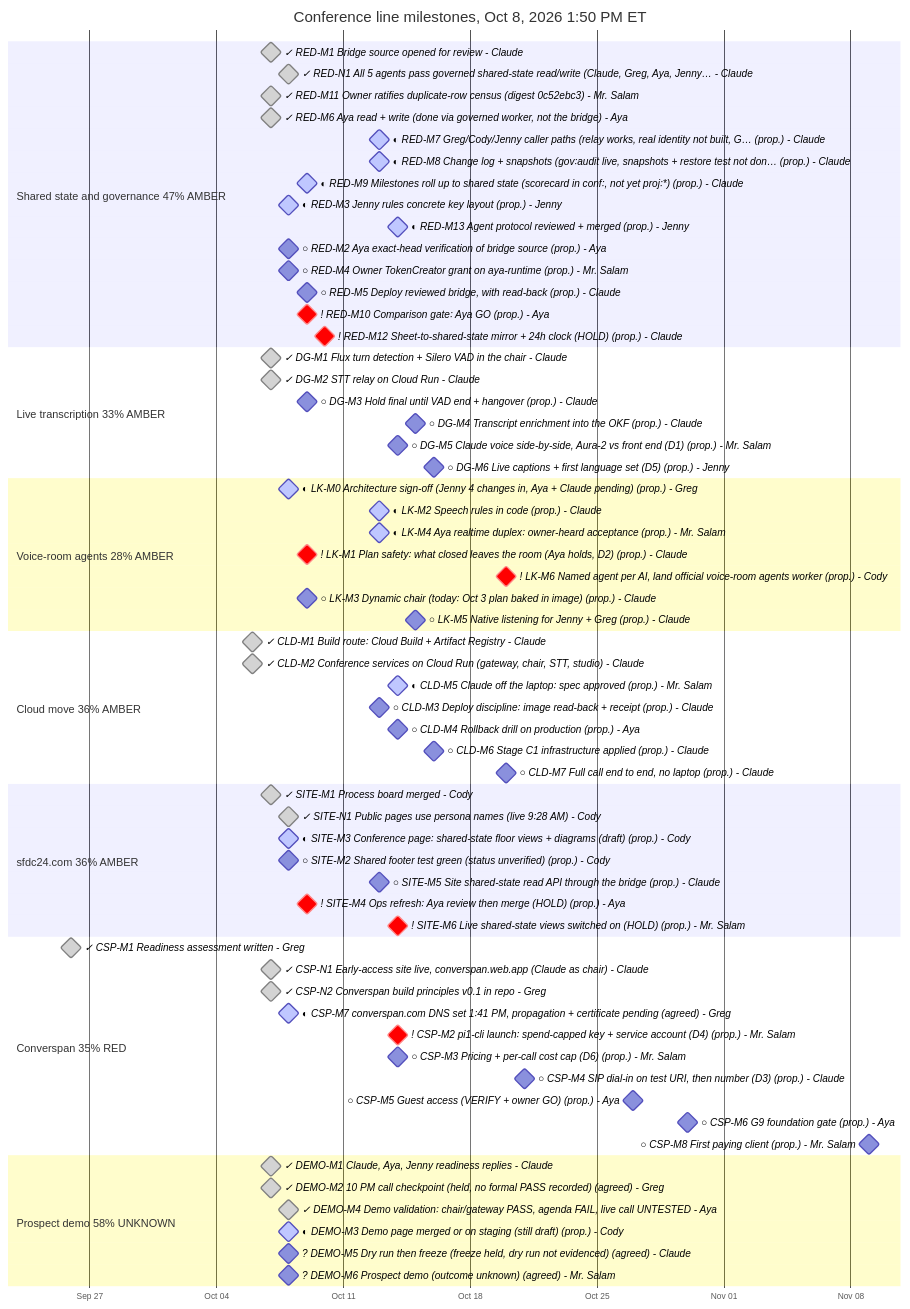
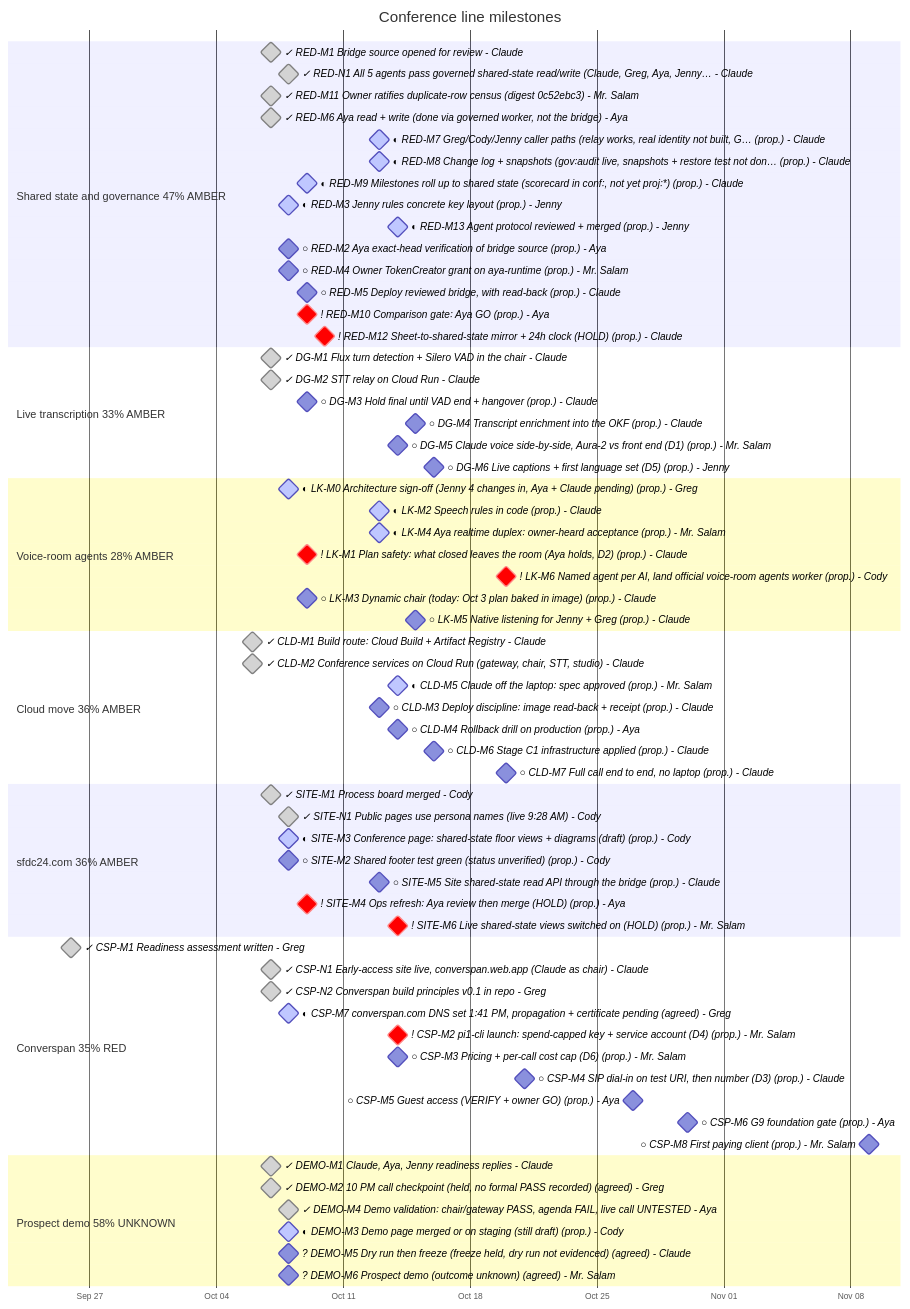
The diagram in assets/milestones/2026-10-08.mmd (sfdc-24/sfdc24-site), drawn with Mermaid before and after one commit. The commit also changed 6 other files, not shown here.

```diff
--- a/assets/milestones/2026-10-08.mmd
+++ b/assets/milestones/2026-10-08.mmd
@@ -1,78 +1,78 @@
 ---
-title: Conference line milestones, Oct 8, 2026 1:50 PM ET
+title: Conference line milestones
 config:
   gantt:
     fontSize: 12
     sectionFontSize: 13
     barHeight: 22
     useMaxWidth: false
 ---
 gantt
     %% done = complete, active = in progress, crit = blocked. Dates and owners are unchanged.
     dateFormat YYYY-MM-DD
     axisFormat %b %d
     tickInterval 1week
     section Shared state and governance 47% AMBER
     ✓ RED-M1 Bridge source opened for review - Claude :milestone, done, red_m1, 2026-10-07, 0d
     ✓ RED-N1 All 5 agents pass governed shared-state read/write (Claude, Greg, Aya, Jenny… - Claude :milestone, done, red_n1, 2026-10-08, 0d
     ✓ RED-M11 Owner ratifies duplicate-row census (digest 0c52ebc3) - Mr. Salam :milestone, done, red_m11, 2026-10-07, 0d
     ✓ RED-M6 Aya read + write (done via governed worker, not the bridge) - Aya :milestone, done, red_m6, 2026-10-07, 0d
     ◐ RED-M7 Greg/Cody/Jenny caller paths (relay works, real identity not built, G… (prop.) - Claude :milestone, active, red_m7, 2026-10-13, 0d
     ◐ RED-M8 Change log + snapshots (gov꞉audit live, snapshots + restore test not don… (prop.) - Claude :milestone, active, red_m8, 2026-10-13, 0d
     ◐ RED-M9 Milestones roll up to shared state (scorecard in conf꞉, not yet proj꞉*) (prop.) - Claude :milestone, active, red_m9, 2026-10-09, 0d
     ◐ RED-M3 Jenny rules concrete key layout (prop.) - Jenny :milestone, active, red_m3, 2026-10-08, 0d
     ◐ RED-M13 Agent protocol reviewed + merged (prop.) - Jenny :milestone, active, red_m13, 2026-10-14, 0d
     ○ RED-M2 Aya exact-head verification of bridge source (prop.) - Aya :milestone, red_m2, 2026-10-08, 0d
     ○ RED-M4 Owner TokenCreator grant on aya-runtime (prop.) - Mr. Salam :milestone, red_m4, 2026-10-08, 0d
     ○ RED-M5 Deploy reviewed bridge, with read-back (prop.) - Claude :milestone, red_m5, 2026-10-09, 0d
     ! RED-M10 Comparison gate꞉ Aya GO (prop.) - Aya :milestone, crit, red_m10, 2026-10-09, 0d
     ! RED-M12 Sheet-to-shared-state mirror + 24h clock (HOLD) (prop.) - Claude :milestone, crit, red_m12, 2026-10-10, 0d
     section Live transcription 33% AMBER
     ✓ DG-M1 Flux turn detection + Silero VAD in the chair - Claude :milestone, done, dg_m1, 2026-10-07, 0d
     ✓ DG-M2 STT relay on Cloud Run - Claude :milestone, done, dg_m2, 2026-10-07, 0d
     ○ DG-M3 Hold final until VAD end + hangover (prop.) - Claude :milestone, dg_m3, 2026-10-09, 0d
     ○ DG-M4 Transcript enrichment into the OKF (prop.) - Claude :milestone, dg_m4, 2026-10-15, 0d
     ○ DG-M5 Claude voice side-by-side, Aura-2 vs front end (D1) (prop.) - Mr. Salam :milestone, dg_m5, 2026-10-14, 0d
     ○ DG-M6 Live captions + first language set (D5) (prop.) - Jenny :milestone, dg_m6, 2026-10-16, 0d
     section Voice-room agents 28% AMBER
     ◐ LK-M0 Architecture sign-off (Jenny 4 changes in, Aya + Claude pending) (prop.) - Greg :milestone, active, lk_m0, 2026-10-08, 0d
     ◐ LK-M2 Speech rules in code (prop.) - Claude :milestone, active, lk_m2, 2026-10-13, 0d
     ◐ LK-M4 Aya realtime duplex꞉ owner-heard acceptance (prop.) - Mr. Salam :milestone, active, lk_m4, 2026-10-13, 0d
     ! LK-M1 Plan safety꞉ what closed leaves the room (Aya holds, D2) (prop.) - Claude :milestone, crit, lk_m1, 2026-10-09, 0d
     ! LK-M6 Named agent per AI, land official voice-room agents worker (prop.) - Cody :milestone, crit, lk_m6, 2026-10-20, 0d
     ○ LK-M3 Dynamic chair (today꞉ Oct 3 plan baked in image) (prop.) - Claude :milestone, lk_m3, 2026-10-09, 0d
     ○ LK-M5 Native listening for Jenny + Greg (prop.) - Claude :milestone, lk_m5, 2026-10-15, 0d
     section Cloud move 36% AMBER
     ✓ CLD-M1 Build route꞉ Cloud Build + Artifact Registry - Claude :milestone, done, cld_m1, 2026-10-06, 0d
     ✓ CLD-M2 Conference services on Cloud Run (gateway, chair, STT, studio) - Claude :milestone, done, cld_m2, 2026-10-06, 0d
     ◐ CLD-M5 Claude off the laptop꞉ spec approved (prop.) - Mr. Salam :milestone, active, cld_m5, 2026-10-14, 0d
     ○ CLD-M3 Deploy discipline꞉ image read-back + receipt (prop.) - Claude :milestone, cld_m3, 2026-10-13, 0d
     ○ CLD-M4 Rollback drill on production (prop.) - Aya :milestone, cld_m4, 2026-10-14, 0d
     ○ CLD-M6 Stage C1 infrastructure applied (prop.) - Claude :milestone, cld_m6, 2026-10-16, 0d
     ○ CLD-M7 Full call end to end, no laptop (prop.) - Claude :milestone, cld_m7, 2026-10-20, 0d
     section sfdc24.com 36% AMBER
     ✓ SITE-M1 Process board merged - Cody :milestone, done, site_m1, 2026-10-07, 0d
     ✓ SITE-N1 Public pages use persona names (live 9꞉28 AM) - Cody :milestone, done, site_n1, 2026-10-08, 0d
     ◐ SITE-M3 Conference page꞉ shared-state floor views + diagrams (draft) (prop.) - Cody :milestone, active, site_m3, 2026-10-08, 0d
     ○ SITE-M2 Shared footer test green (status unverified) (prop.) - Cody :milestone, site_m2, 2026-10-08, 0d
     ○ SITE-M5 Site shared-state read API through the bridge (prop.) - Claude :milestone, site_m5, 2026-10-13, 0d
     ! SITE-M4 Ops refresh꞉ Aya review then merge (HOLD) (prop.) - Aya :milestone, crit, site_m4, 2026-10-09, 0d
     ! SITE-M6 Live shared-state views switched on (HOLD) (prop.) - Mr. Salam :milestone, crit, site_m6, 2026-10-14, 0d
     section Converspan 35% RED
     ✓ CSP-M1 Readiness assessment written - Greg :milestone, done, csp_m1, 2026-09-26, 0d
     ✓ CSP-N1 Early-access site live, converspan.web.app (Claude as chair) - Claude :milestone, done, csp_n1, 2026-10-07, 0d
     ✓ CSP-N2 Converspan build principles v0.1 in repo - Greg :milestone, done, csp_n2, 2026-10-07, 0d
     ◐ CSP-M7 converspan.com DNS set 1꞉41 PM, propagation + certificate pending (agreed) - Greg :milestone, active, csp_m7, 2026-10-08, 0d
     ! CSP-M2 pi1-cli launch꞉ spend-capped key + service account (D4) (prop.) - Mr. Salam :milestone, crit, csp_m2, 2026-10-14, 0d
     ○ CSP-M3 Pricing + per-call cost cap (D6) (prop.) - Mr. Salam :milestone, csp_m3, 2026-10-14, 0d
     ○ CSP-M4 SIP dial-in on test URI, then number (D3) (prop.) - Claude :milestone, csp_m4, 2026-10-21, 0d
     ○ CSP-M5 Guest access (VERIFY + owner GO) (prop.) - Aya :milestone, csp_m5, 2026-10-27, 0d
     ○ CSP-M6 G9 foundation gate (prop.) - Aya :milestone, csp_m6, 2026-10-30, 0d
     ○ CSP-M8 First paying client (prop.) - Mr. Salam :milestone, csp_m8, 2026-11-09, 0d
     section Prospect demo 58% UNKNOWN
     ✓ DEMO-M1 Claude, Aya, Jenny readiness replies - Claude :milestone, done, demo_m1, 2026-10-07, 0d
     ✓ DEMO-M2 10 PM call checkpoint (held, no formal PASS recorded) (agreed) - Greg :milestone, done, demo_m2, 2026-10-07, 0d
     ✓ DEMO-M4 Demo validation꞉ chair/gateway PASS, agenda FAIL, live call UNTESTED - Aya :milestone, done, demo_m4, 2026-10-08, 0d
     ◐ DEMO-M3 Demo page merged or on staging (still draft) (prop.) - Cody :milestone, active, demo_m3, 2026-10-08, 0d
     ? DEMO-M5 Dry run then freeze (freeze held, dry run not evidenced) (agreed) - Claude :milestone, demo_m5, 2026-10-08, 0d
     ? DEMO-M6 Prospect demo (outcome unknown) (agreed) - Mr. Salam :milestone, demo_m6, 2026-10-08, 0d
```
